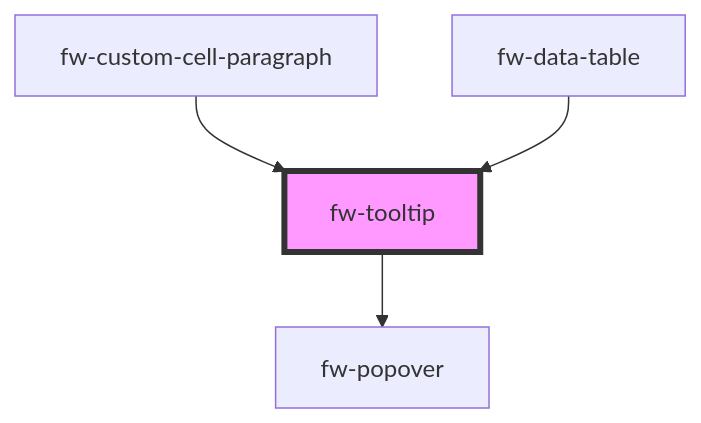
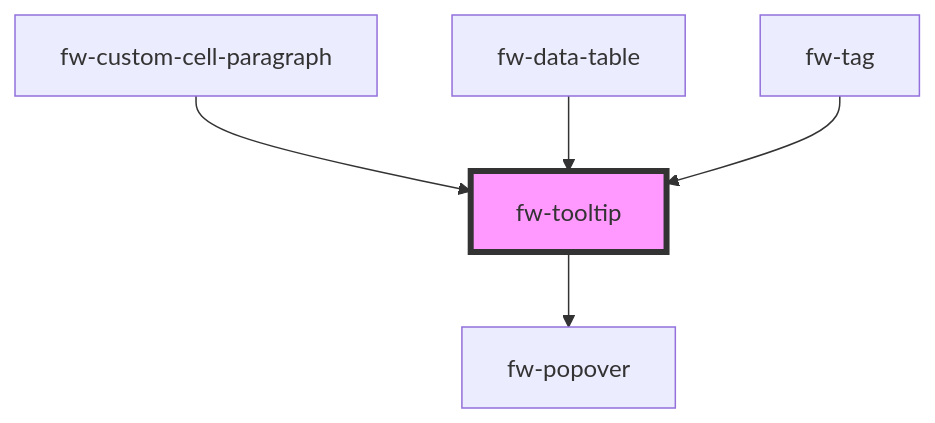
One commit to freshworks/crayons changed the diagram in packages/crayons-core/src/components/tooltip/readme.md. Above: the diagram before and after it, drawn with Mermaid. The commit also changed other lines of this file and 5 other files, not shown here.

````diff
--- a/packages/crayons-core/src/components/tooltip/readme.md
+++ b/packages/crayons-core/src/components/tooltip/readme.md
@@ -393,7 +394,8 @@
 ```mermaid
 graph TD;
   fw-tooltip --> fw-popover
   fw-custom-cell-paragraph --> fw-tooltip
   fw-data-table --> fw-tooltip
+  fw-tag --> fw-tooltip
   style fw-tooltip fill:#f9f,stroke:#333,stroke-width:4px
 ```
````
